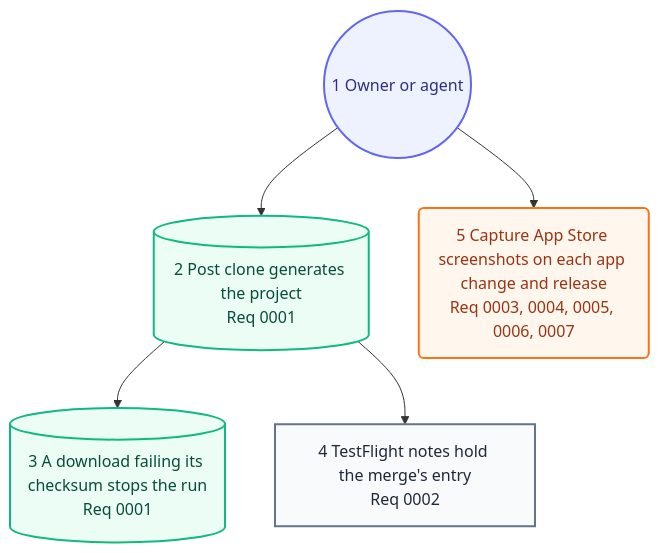
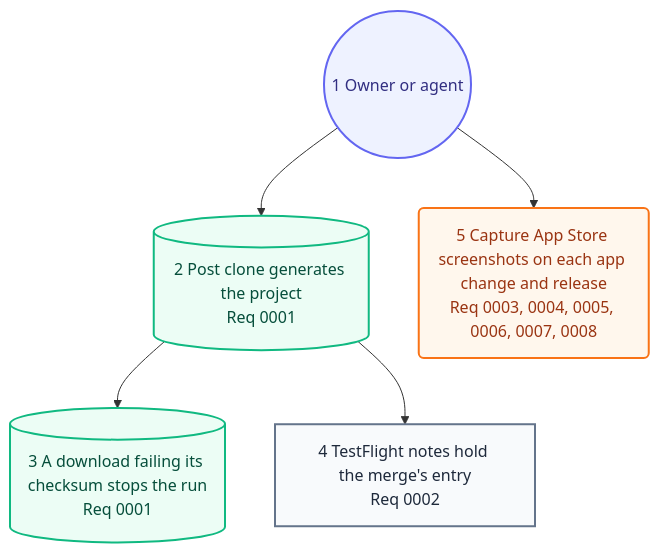
The second of 2 diagrams in docs/architecture/05-user-journey.md (may-journal/xcode-tooling), drawn with Mermaid before and after one commit. The commit also changed 4 other files, not shown here.

First line of the commit message:
fix(screenshots): leave no timer behind when a capture ends (#45)

````diff
--- a/docs/architecture/05-user-journey.md
+++ b/docs/architecture/05-user-journey.md
@@ -32,18 +32,18 @@
 ```mermaid
 flowchart TB
     owner((1 Owner or agent)):::persona
     clone[(2 Post clone generates the project<br/>Req 0001)]:::system
     mismatch[(3 A download failing its checksum stops the run<br/>Req 0001)]:::system
     notes[4 TestFlight notes hold the merge's entry<br/>Req 0002]:::screen
-    shots(5 Capture App Store screenshots on each app change and release<br/>Req 0003, 0004, 0005, 0006, 0007):::action
+    shots(5 Capture App Store screenshots on each app change and release<br/>Req 0003, 0004, 0005, 0006, 0007, 0008):::action
 
     owner --> clone
     clone --> mismatch
     clone --> notes
     owner --> shots
 
     classDef persona fill:#eef2ff,stroke:#6366f1,color:#312e81,stroke-width:2px
     classDef screen fill:#f8fafc,stroke:#64748b,color:#1e293b,stroke-width:2px
     classDef action fill:#fff7ed,stroke:#f97316,color:#9a3412,stroke-width:2px
     classDef system fill:#ecfdf5,stroke:#10b981,color:#064e3b,stroke-width:2px
 ```
````
